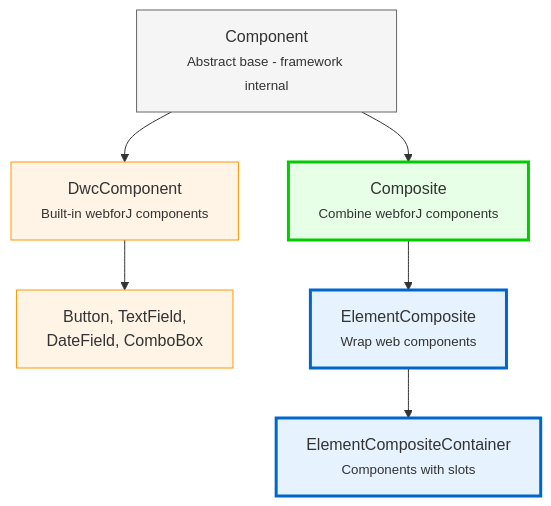
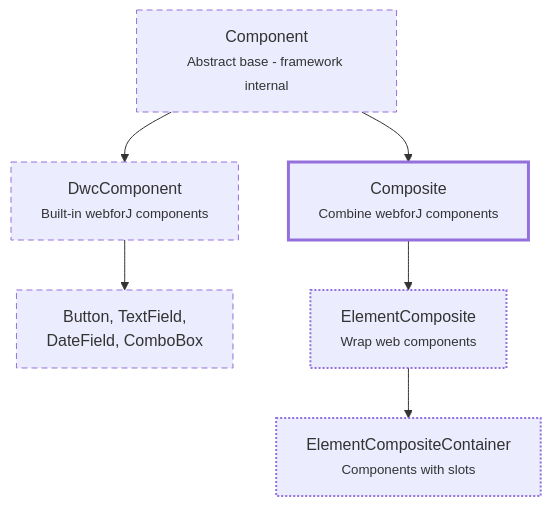
The diagram in docs/docs/building-ui/component-fundamentals.md (webforj/webforj-documentation), drawn with Mermaid before and after one commit. The commit also changed other lines of this file, not shown here.

Commit message:
docs: organize concern interfaces by category/ mermaid chart fix

````diff
--- a/docs/docs/building-ui/component-fundamentals.md
+++ b/docs/docs/building-ui/component-fundamentals.md
@@ -52,22 +52,19 @@
 ```mermaid
 graph TD
   A[Component<br/><small>Abstract base - framework internal</small>]
   
   A --> B[DwcComponent<br/><small>Built-in webforJ components</small>]
   A --> C[Composite<br/><small>Combine webforJ components</small>]
   
   B --> E[Button, TextField,<br/>DateField, ComboBox]
   
   C --> D[ElementComposite<br/><small>Wrap web components</small>]
   D --> F[ElementCompositeContainer<br/><small>Components with slots</small>]
-  
-  style A fill:#f5f5f5,stroke:#666
-  style B fill:#fff4e6,stroke:#ff9800
-  style C fill:#e6ffe6,stroke:#00cc00
-  style D fill:#e6f3ff,stroke:#0066cc
-  style E fill:#fff4e6,stroke:#ff9800
-  style F fill:#e6f3ff,stroke:#0066cc
-  
-  classDef userClass stroke-width:3px
-  class C,D,F userClass
+
+  classDef internal stroke-dasharray:6 4,stroke-width:1px
+  classDef primary stroke-width:3px
+  classDef secondary stroke-width:2px,stroke-dasharray:2 2
+  class A,B,E internal
+  class C primary
+  class D,F secondary
 ```
````
